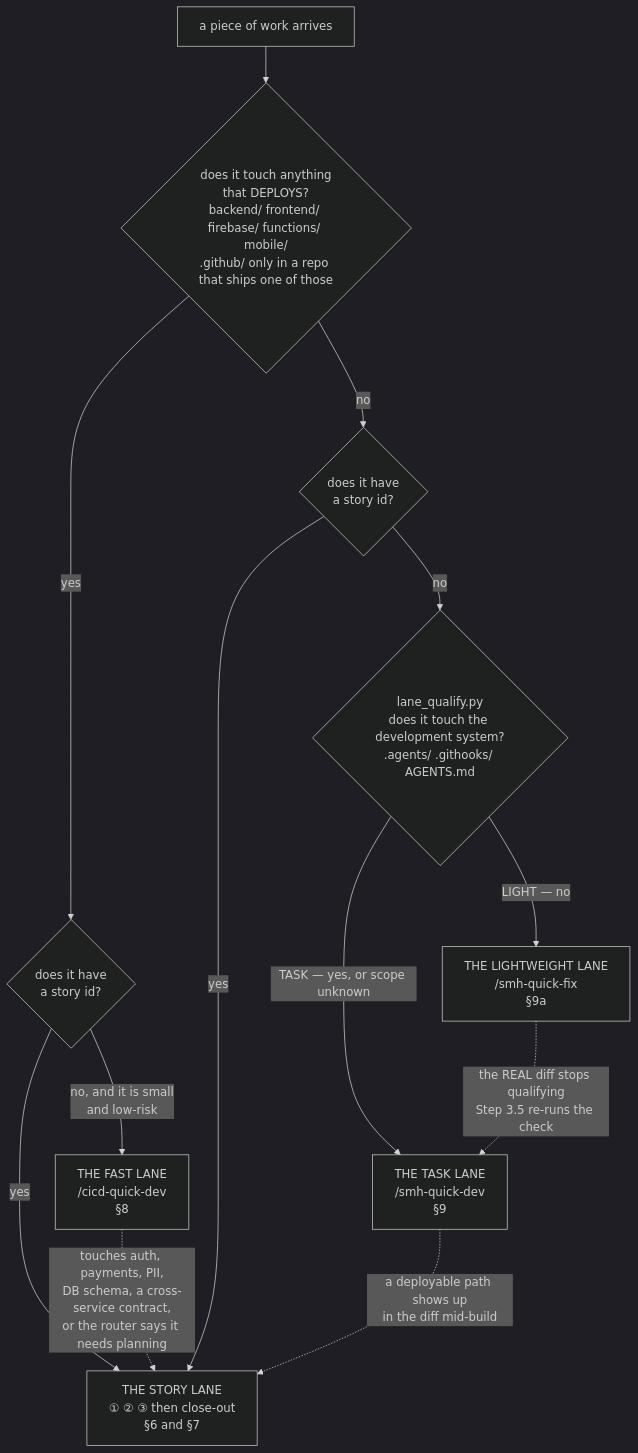
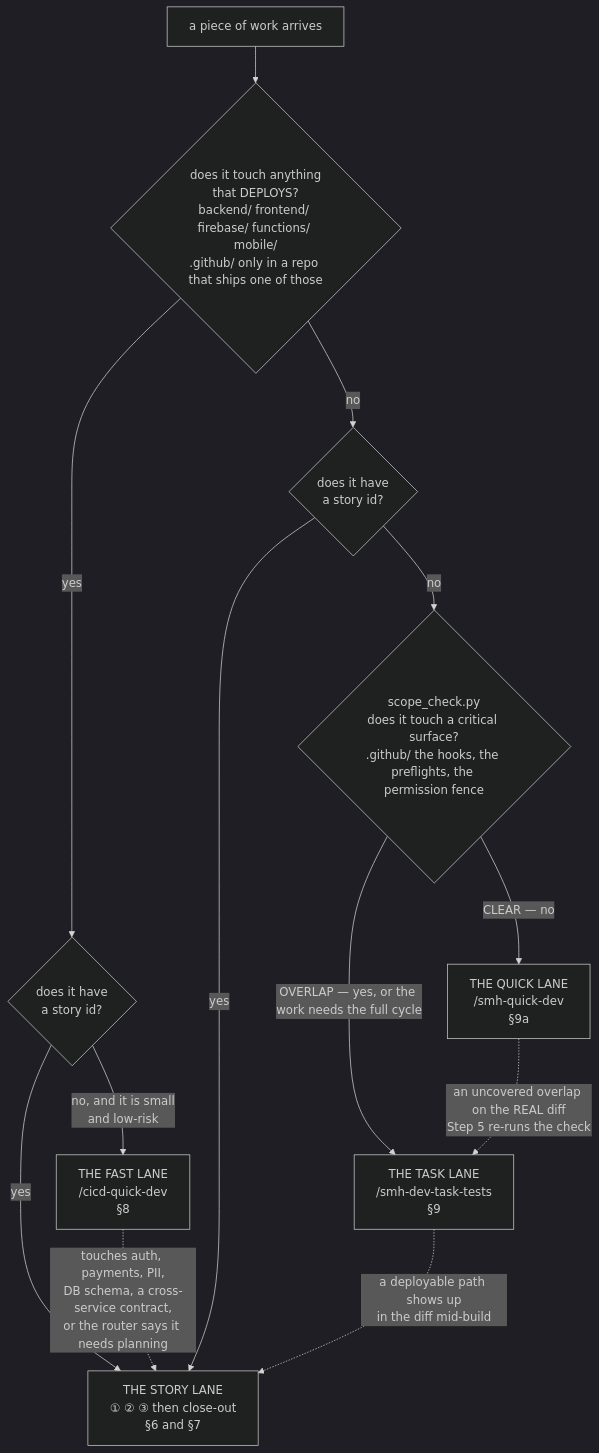
Before and after one commit to sudomadhatter/Sudo_Hatter_Command: the first of 46 diagrams in docs/_scc_sops_prds/operator_workflows_quickref.md, drawn with Mermaid (dark theme). The commit also changed other lines of this file and 74 other files, not shown here.

First line of the commit message:
SCC-445 feat(commands): /smh-quick-dev is the quick lane; the full Task lane is /smh-dev-task-tests; /smh-quick-fix retired

````diff
--- a/docs/_scc_sops_prds/operator_workflows_quickref.md
+++ b/docs/_scc_sops_prds/operator_workflows_quickref.md
@@ -55,15 +55,15 @@
 ```mermaid
 flowchart TD
     W["a piece of work arrives"] --> D{"does it touch anything\nthat DEPLOYS?\nbackend/ frontend/ firebase/ functions/ mobile/\n.github/ only in a repo that ships one of those"}
     D -- "yes" --> P{"does it have\na story id?"}
     D -- "no" --> T{"does it have\na story id?"}
     P -- "yes" --> LOOP["THE STORY LANE\n① ② ③ then close-out\n§6 and §7"]
     P -- "no, and it is small\nand low-risk" --> FAST["THE FAST LANE\n/cicd-quick-dev\n§8"]
     T -- "yes" --> LOOP
-    T -- "no" --> Q{"lane_qualify.py\ndoes it touch the development system?\n.agents/ .githooks/ AGENTS.md"}
-    Q -- "TASK — yes, or scope unknown" --> TASK["THE TASK LANE\n/smh-quick-dev\n§9"]
-    Q -- "LIGHT — no" --> LIGHT["THE LIGHTWEIGHT LANE\n/smh-quick-fix\n§9a"]
+    T -- "no" --> Q{"scope_check.py\ndoes it touch a critical surface?\n.github/ the hooks, the preflights, the permission fence"}
+    Q -- "OVERLAP — yes, or the work needs the full cycle" --> TASK["THE TASK LANE\n/smh-dev-task-tests\n§9"]
+    Q -- "CLEAR — no" --> LIGHT["THE QUICK LANE\n/smh-quick-dev\n§9a"]
     FAST -.->|"touches auth, payments, PII,\nDB schema, a cross-service contract,\nor the router says it needs planning"| LOOP
     TASK -.->|"a deployable path shows up\nin the diff mid-build"| LOOP
-    LIGHT -.->|"the REAL diff stops qualifying\nStep 3.5 re-runs the check"| TASK
+    LIGHT -.->|"an uncovered overlap on the REAL diff\nStep 5 re-runs the check"| TASK
 ```
````
